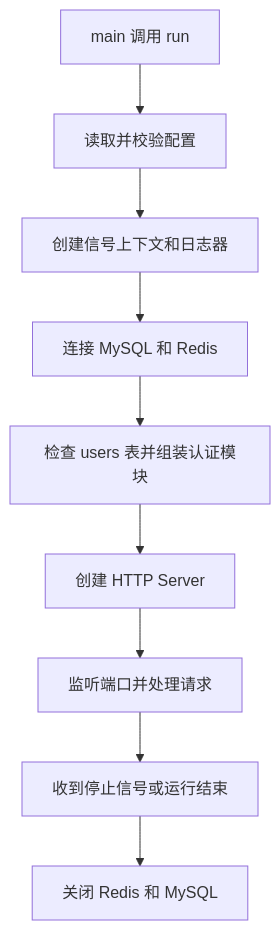
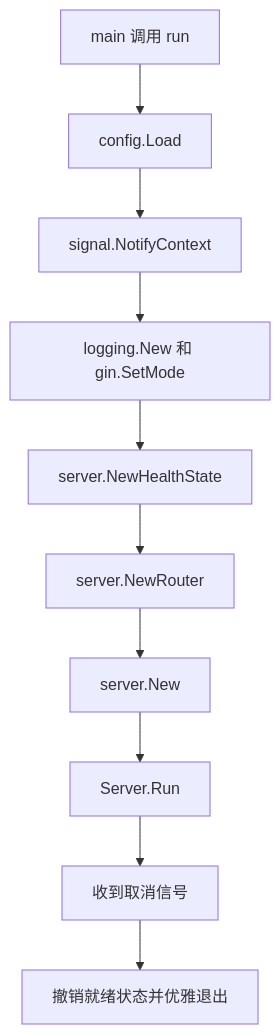
One commit to leimingze/note changed the diagram in 实习项目/PulseFrame/设计文档/03 阅读代码.md. Above: the diagram before and after it, drawn with Mermaid. The commit also changed other lines of this file and 72 other files, not shown here.

````diff
--- a/实习项目/PulseFrame/设计文档/03 阅读代码.md
+++ b/实习项目/PulseFrame/设计文档/03 阅读代码.md
@@ -11,11 +19,12 @@
-```mermaid
+~~~mermaid
 flowchart TD
-    A[main 调用 run] --> B[读取并校验配置]
-    B --> C[创建信号上下文和日志器]
-    C --> D[连接 MySQL 和 Redis]
-    D --> E[检查 users 表并组装认证模块]
-    E --> F[创建 HTTP Server]
-    F --> G[监听端口并处理请求]
-    G --> H[收到停止信号或运行结束]
-    H --> I[关闭 Redis 和 MySQL]
-```
+    A[main 调用 run] --> B[config.Load]
+    B --> C[signal.NotifyContext]
+    C --> D[logging.New 和 gin.SetMode]
+    D --> E[server.NewHealthState]
+    E --> F[server.NewRouter]
+    F --> G[server.New]
+    G --> H[Server.Run]
+    H --> I[收到取消信号]
+    I --> J[撤销就绪状态并优雅退出]
+~~~
````
